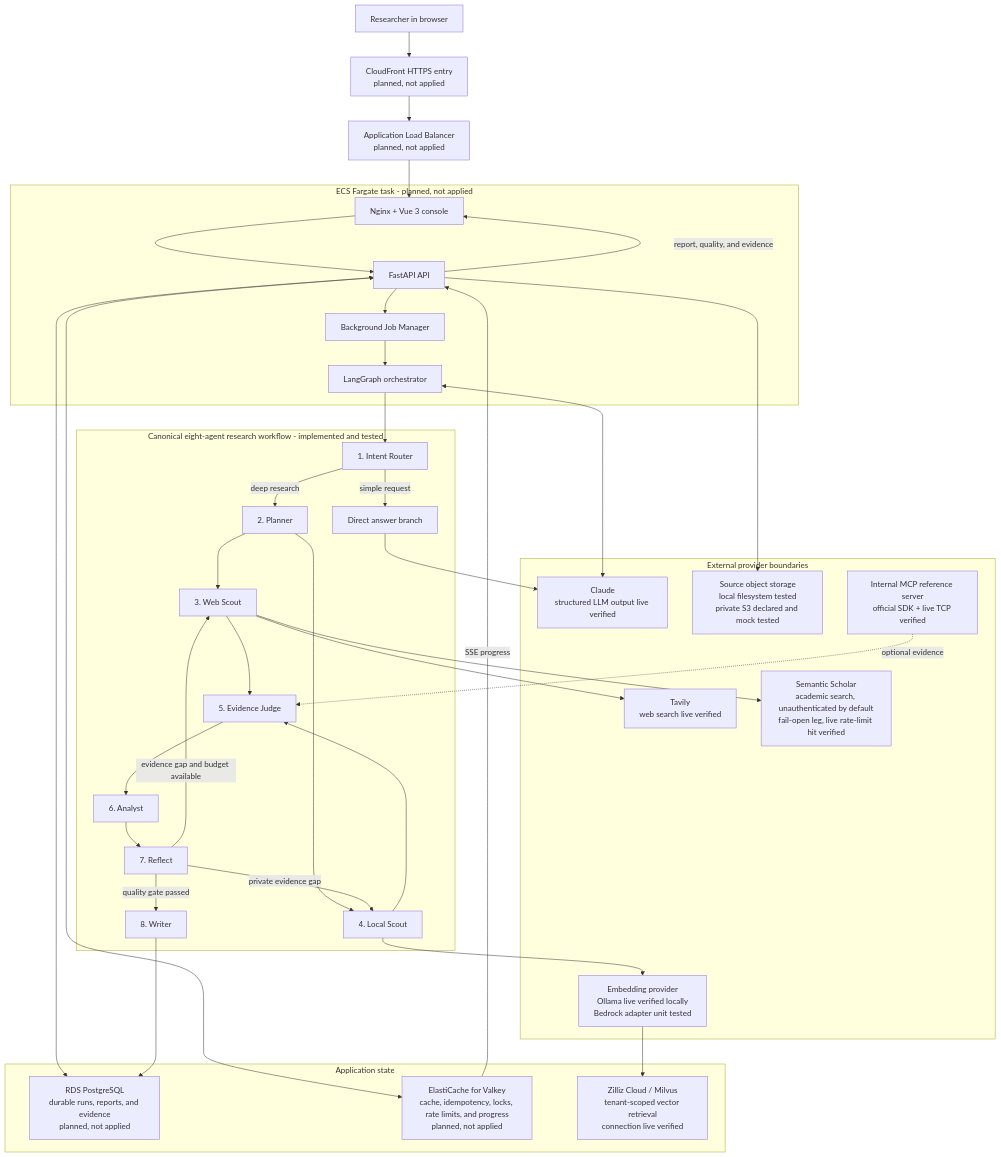
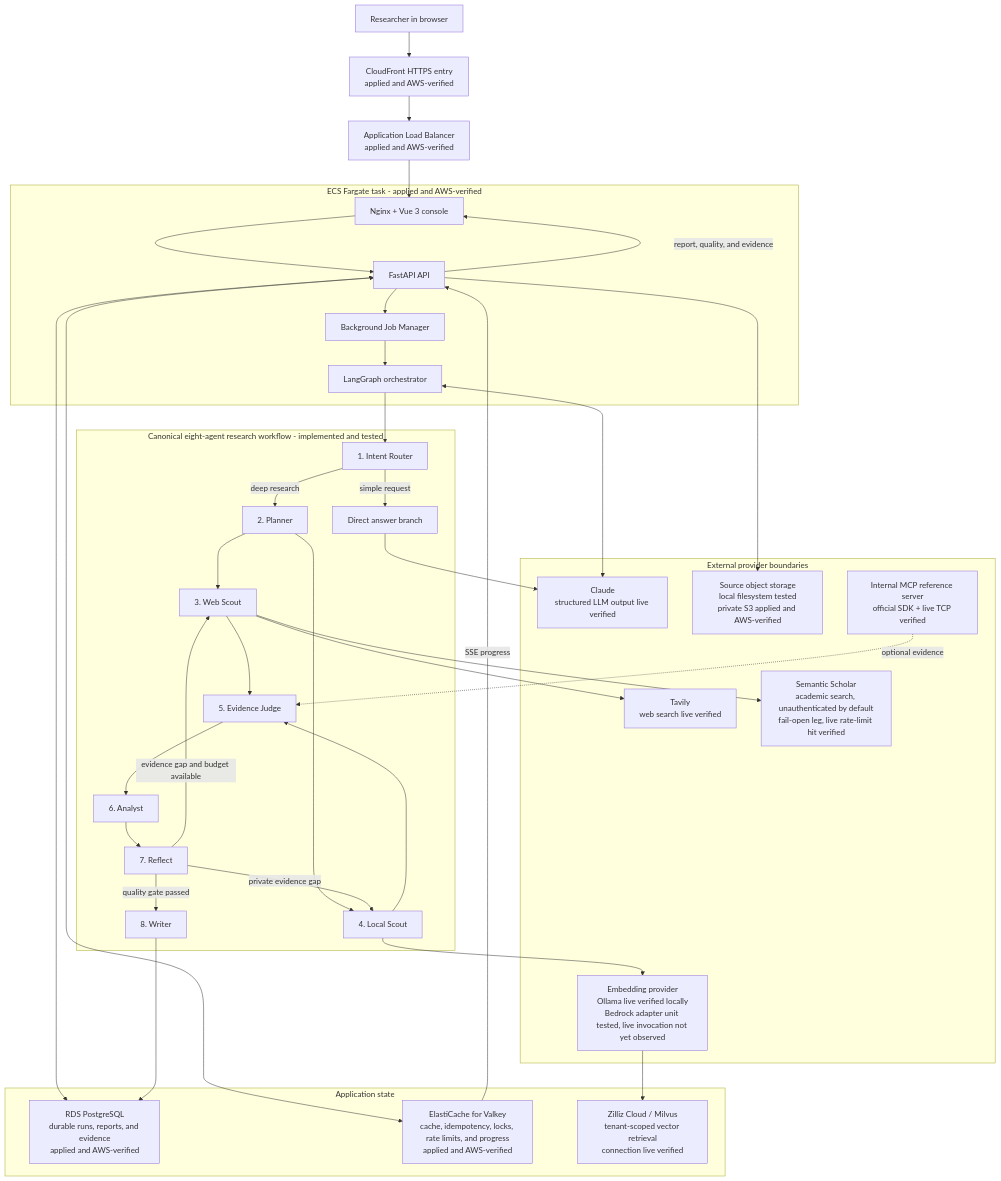
One commit to akira-in-tech/enterprise-agentic-research-platform changed the diagram in docs/status.md. Above: the diagram before and after it, drawn with Mermaid. The commit also changed other lines of this file and 2 other files, not shown here.

First line of the commit message:
docs: sync deployment status docs with the real, applied staging stack

````diff
--- a/docs/status.md
+++ b/docs/status.md
@@ -191,64 +193,64 @@
 ```mermaid
 flowchart TB
     researcher["Researcher in browser"]
-    cloudfront["CloudFront HTTPS entry<br/>planned, not applied"]
-    alb["Application Load Balancer<br/>planned, not applied"]
+    cloudfront["CloudFront HTTPS entry<br/>applied and AWS-verified"]
+    alb["Application Load Balancer<br/>applied and AWS-verified"]
 
-    subgraph ecs["ECS Fargate task - planned, not applied"]
+    subgraph ecs["ECS Fargate task - applied and AWS-verified"]
         frontend["Nginx + Vue 3 console"]
         api["FastAPI API"]
         jobs["Background Job Manager"]
         workflow["LangGraph orchestrator"]
     end
 
     subgraph agents["Canonical eight-agent research workflow - implemented and tested"]
         router["1. Intent Router"]
         planner["2. Planner"]
         web["3. Web Scout"]
         local["4. Local Scout"]
         judge["5. Evidence Judge"]
         analyst["6. Analyst"]
         reflect["7. Reflect"]
         writer["8. Writer"]
         direct["Direct answer branch"]
     end
 
     subgraph state["Application state"]
-        postgres["RDS PostgreSQL<br/>durable runs, reports, and evidence<br/>planned, not applied"]
-        redis["ElastiCache for Valkey<br/>cache, idempotency, locks, rate limits, and progress<br/>planned, not applied"]
+        postgres["RDS PostgreSQL<br/>durable runs, reports, and evidence<br/>applied and AWS-verified"]
+        redis["ElastiCache for Valkey<br/>cache, idempotency, locks, rate limits, and progress<br/>applied and AWS-verified"]
         milvus["Zilliz Cloud / Milvus<br/>tenant-scoped vector retrieval<br/>connection live verified"]
     end
 
     subgraph providers["External provider boundaries"]
         claude["Claude<br/>structured LLM output live verified"]
         tavily["Tavily<br/>web search live verified"]
         semanticscholar["Semantic Scholar<br/>academic search, unauthenticated by default<br/>fail-open leg, live rate-limit hit verified"]
-        embeddings["Embedding provider<br/>Ollama live verified locally<br/>Bedrock adapter unit tested"]
-        objects["Source object storage<br/>local filesystem tested<br/>private S3 declared and mock tested"]
+        embeddings["Embedding provider<br/>Ollama live verified locally<br/>Bedrock adapter unit tested, live invocation not yet observed"]
+        objects["Source object storage<br/>local filesystem tested<br/>private S3 applied and AWS-verified"]
         mcp["Internal MCP reference server<br/>official SDK + live TCP verified"]
     end
 
     researcher --> cloudfront --> alb --> frontend --> api
     api --> jobs --> workflow --> router
     router -->|simple request| direct --> claude
     router -->|deep research| planner
     planner --> web
     planner --> local
     web --> tavily
     web --> semanticscholar
     local --> embeddings --> milvus
     api --> objects
     web --> judge
     local --> judge
     mcp -. optional evidence .-> judge
     judge --> analyst --> reflect
     reflect -->|evidence gap and budget available| web
     reflect -->|private evidence gap| local
     reflect -->|quality gate passed| writer
     workflow <--> claude
     api <--> redis
     api <--> postgres
     writer --> postgres
     redis -->|SSE progress| api
     api -->|report, quality, and evidence| frontend
 ```
````
